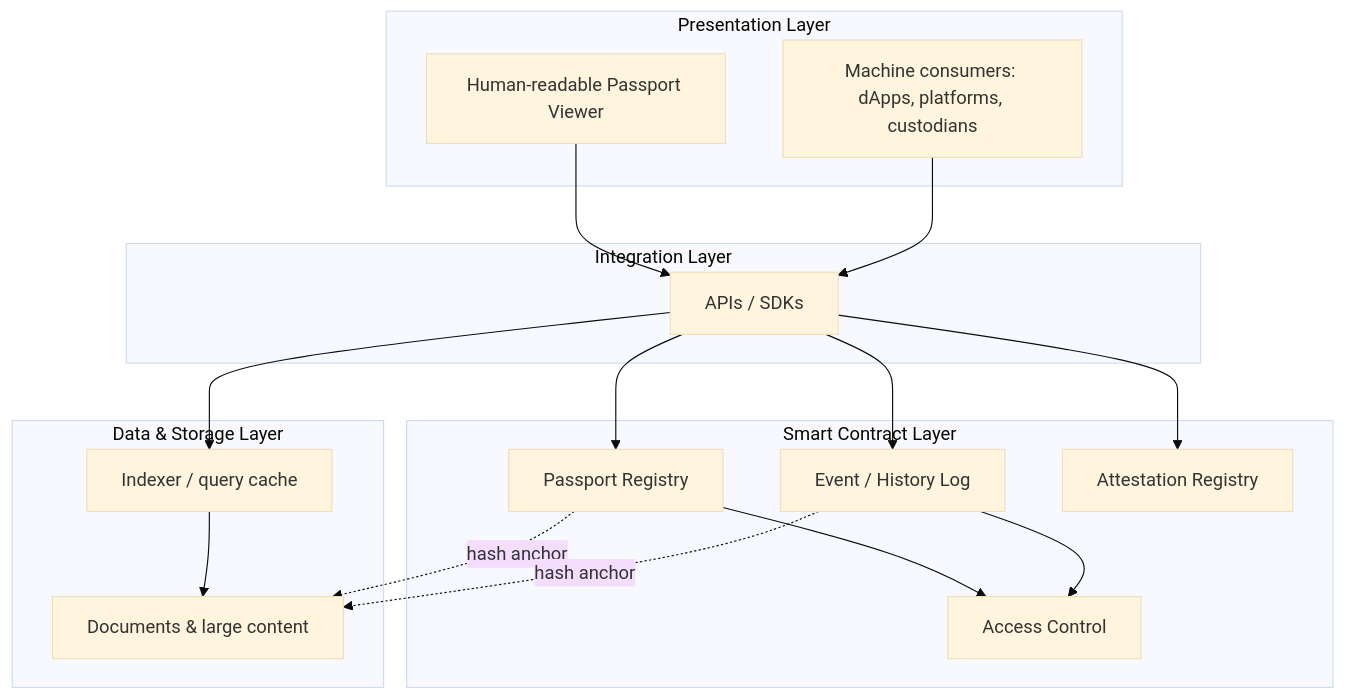
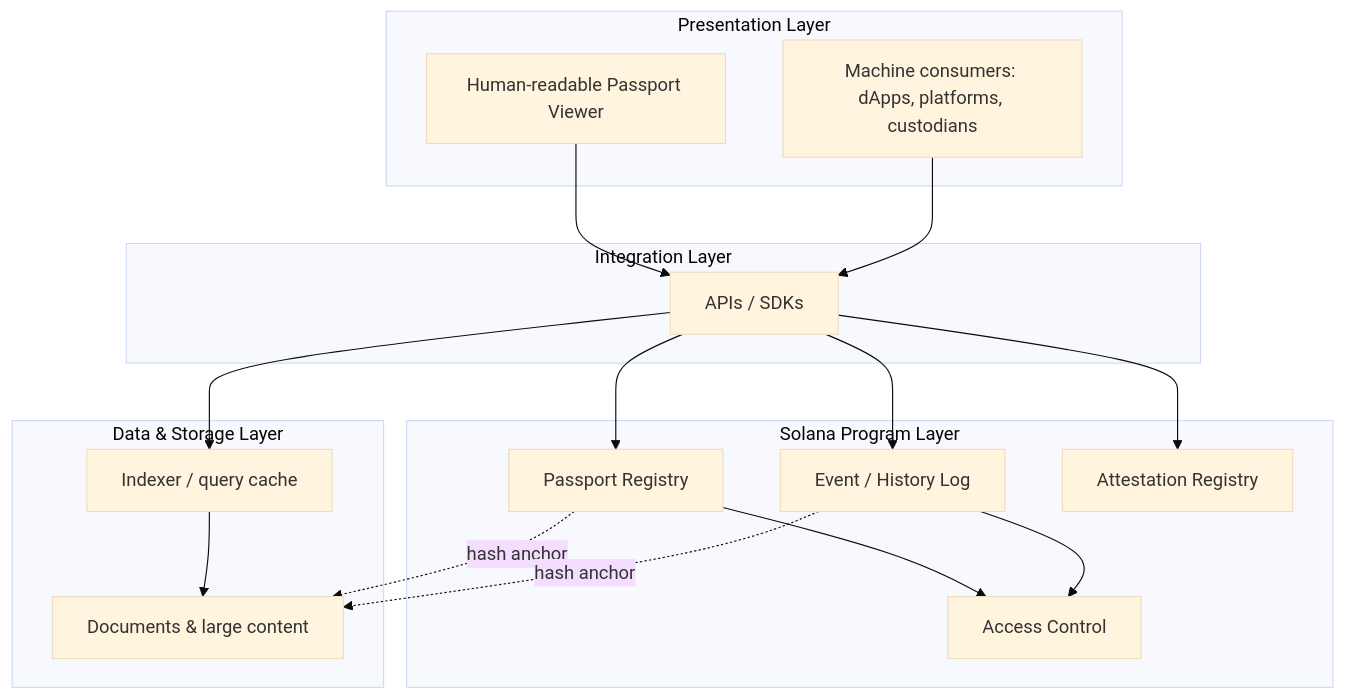
The diagram in content/docs/architecture.md (novenrizkia856-ui/paxel-web), drawn with Mermaid (base theme) before and after one commit. The commit also changed other lines of this file and 33 other files, not shown here.

````diff
--- a/content/docs/architecture.md
+++ b/content/docs/architecture.md
@@ -5,35 +5,35 @@
 ```mermaid
 flowchart TB
     subgraph Presentation["Presentation Layer"]
         H[Human-readable Passport Viewer]
         M[Machine consumers: dApps, platforms, custodians]
     end
 
     subgraph Integration["Integration Layer"]
         API[APIs / SDKs]
     end
 
-    subgraph OnChain["Smart Contract Layer"]
+    subgraph OnChain["Solana Program Layer"]
         REG[Passport Registry]
         LOG[Event / History Log]
         AC[Access Control]
         ATT[Attestation Registry]
     end
 
     subgraph OffChain["Data & Storage Layer"]
         DOC[Documents & large content]
         IDX[Indexer / query cache]
     end
 
     H --> API
     M --> API
     API --> REG
     API --> LOG
     API --> ATT
     REG --> AC
     LOG --> AC
     REG -.hash anchor.-> DOC
     LOG -.hash anchor.-> DOC
     API --> IDX
     IDX --> DOC
 ```
````
